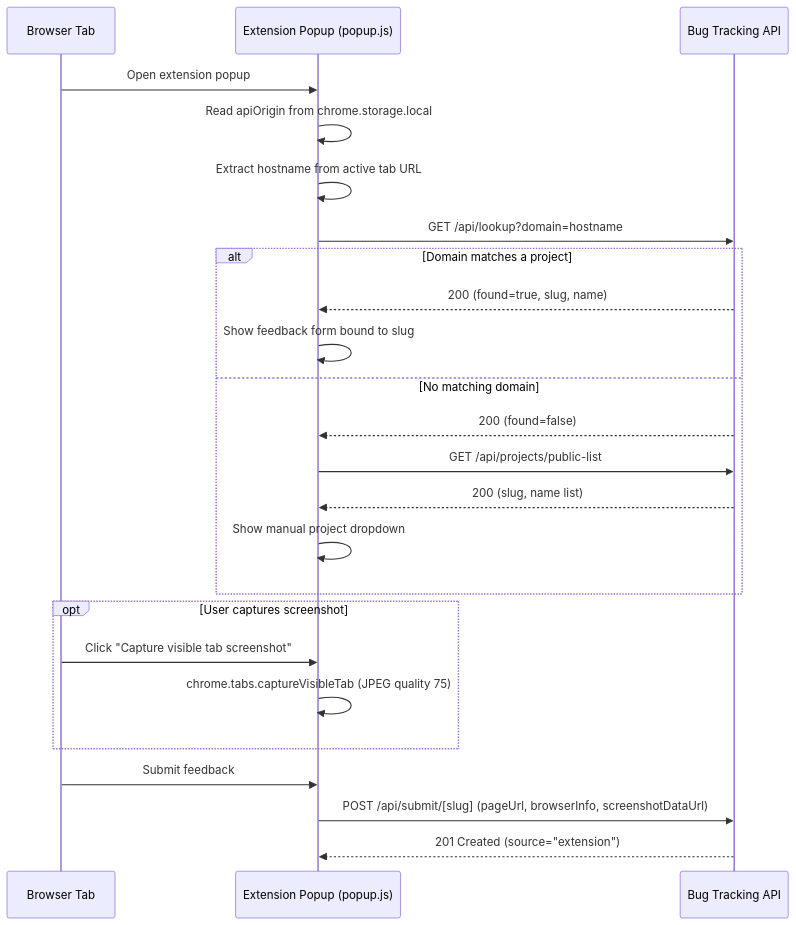
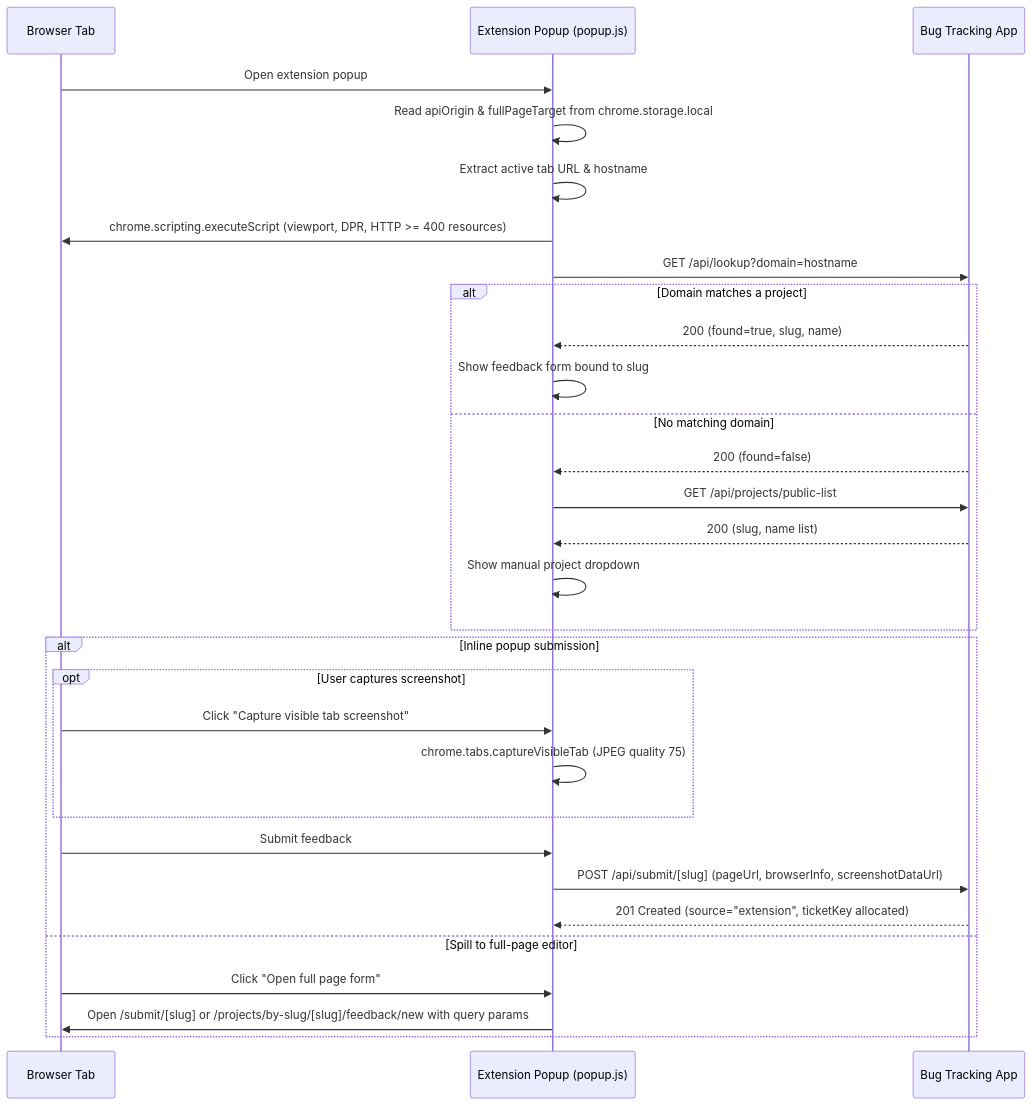
Before and after one commit to newtc22222/technical-documents: the diagram in docs/bug-tracking/features/chrome-extension.md, drawn with Mermaid. The commit also changed other lines of this file and 13 other files, not shown here.

Commit message:
docs(bug-tracking): update to v0.2.0 and note production status

````diff
--- a/docs/bug-tracking/features/chrome-extension.md
+++ b/docs/bug-tracking/features/chrome-extension.md
@@ -27,27 +27,33 @@
 ```mermaid
 sequenceDiagram
   participant User as Browser Tab
   participant Ext as Extension Popup (popup.js)
-  participant API as Bug Tracking API
+  participant API as Bug Tracking App
 
   User->>Ext: Open extension popup
-  Ext->>Ext: Read apiOrigin from chrome.storage.local
-  Ext->>Ext: Extract hostname from active tab URL
+  Ext->>Ext: Read apiOrigin & fullPageTarget from chrome.storage.local
+  Ext->>Ext: Extract active tab URL & hostname
+  Ext->>User: chrome.scripting.executeScript (viewport, DPR, HTTP >= 400 resources)
   Ext->>API: GET /api/lookup?domain=hostname
   alt Domain matches a project
     API-->>Ext: 200 (found=true, slug, name)
     Ext->>Ext: Show feedback form bound to slug
   else No matching domain
     API-->>Ext: 200 (found=false)
     Ext->>API: GET /api/projects/public-list
     API-->>Ext: 200 (slug, name list)
     Ext->>Ext: Show manual project dropdown
   end
-  opt User captures screenshot
-    User->>Ext: Click "Capture visible tab screenshot"
-    Ext->>Ext: chrome.tabs.captureVisibleTab (JPEG quality 75)
+  alt Inline popup submission
+    opt User captures screenshot
+      User->>Ext: Click "Capture visible tab screenshot"
+      Ext->>Ext: chrome.tabs.captureVisibleTab (JPEG quality 75)
+    end
+    User->>Ext: Submit feedback
+    Ext->>API: POST /api/submit/[slug] (pageUrl, browserInfo, screenshotDataUrl)
+    API-->>Ext: 201 Created (source="extension", ticketKey allocated)
+  else Spill to full-page editor
+    User->>Ext: Click "Open full page form"
+    Ext->>User: Open /submit/[slug] or /projects/by-slug/[slug]/feedback/new with query params
   end
-  User->>Ext: Submit feedback
-  Ext->>API: POST /api/submit/[slug] (pageUrl, browserInfo, screenshotDataUrl)
-  API-->>Ext: 201 Created (source="extension")
 ```
````
